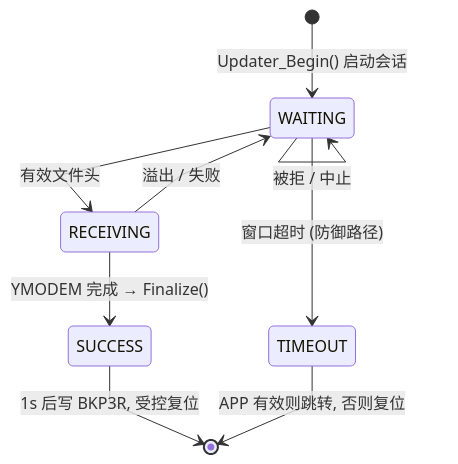
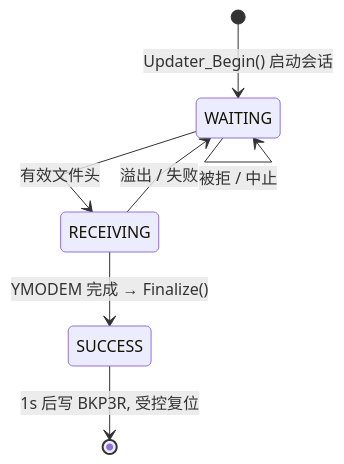
One commit to zyf0205/BootLoader changed the fourth of 8 diagrams in docs/架构详解.md. Above: the diagram before and after it, drawn with Mermaid. The commit also changed other lines of this file and 5 other files, not shown here.

````diff
--- a/docs/架构详解.md
+++ b/docs/架构详解.md
@@ -190,12 +190,10 @@
 ```mermaid
 %%{init: {"flowchart": {"curve": "linear"}}}%%
 stateDiagram-v2
     [*] --> WAITING: Updater_Begin() 启动会话
     WAITING --> RECEIVING: 有效文件头
     WAITING --> WAITING: 被拒 / 中止
     RECEIVING --> SUCCESS: YMODEM 完成 → Finalize()
     RECEIVING --> WAITING: 溢出 / 失败
-    WAITING --> TIMEOUT: 窗口超时 (防御路径)
     SUCCESS --> [*]: 1s 后写 BKP3R, 受控复位
-    TIMEOUT --> [*]: APP 有效则跳转, 否则复位
 ```
````
